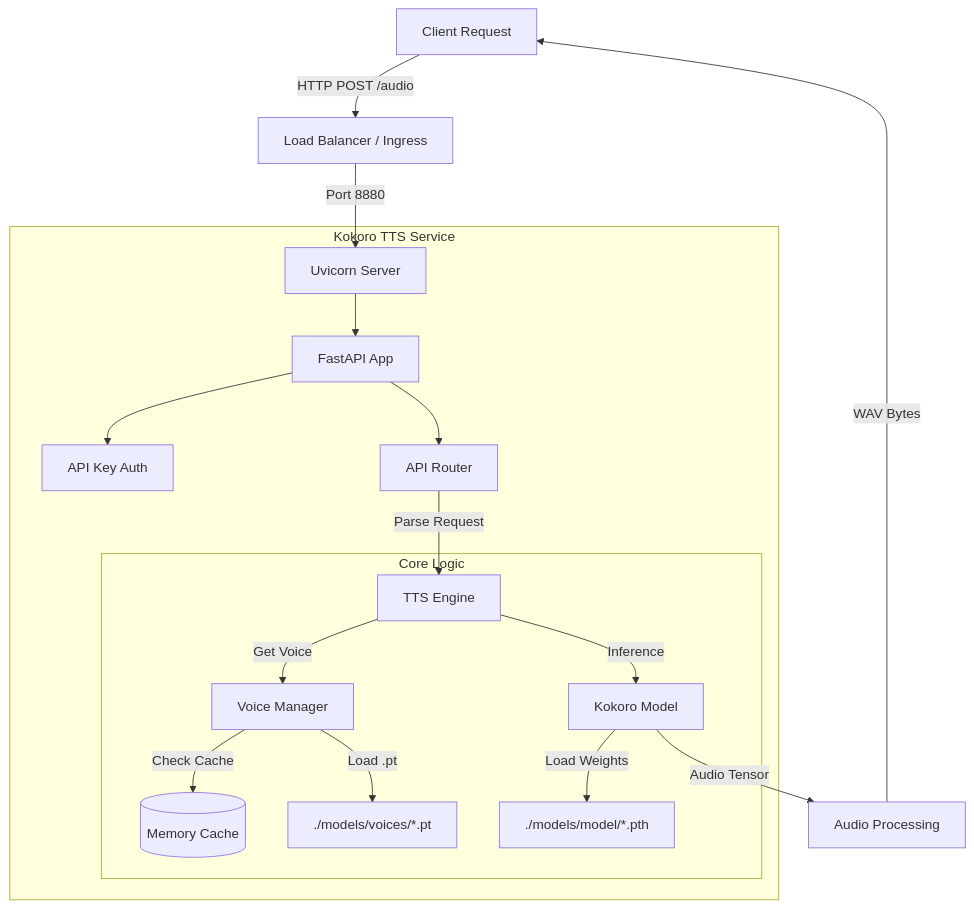
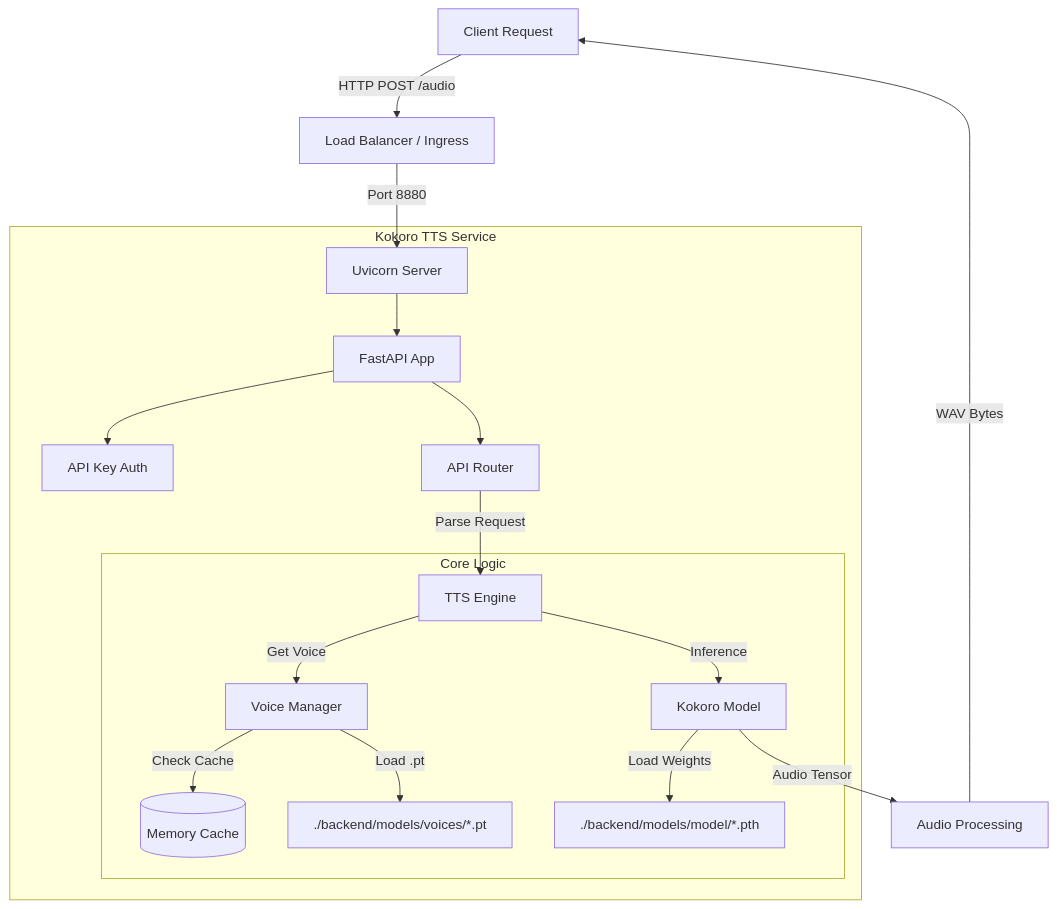
Before and after one commit to Sourabh0141/kokoro-tts: the diagram in README.md, drawn with Mermaid. The commit also changed other lines of this file and 33 other files, not shown here.

Commit message:
Refactor project into multi-service architecture with unified orchestration.

````diff
--- a/README.md
+++ b/README.md
@@ -39,25 +39,25 @@
 ```mermaid
 graph TD
     Client[Client Request] -->|HTTP POST /audio| LB[Load Balancer / Ingress]
     LB -->|Port 8880| Uvicorn[Uvicorn Server]
     
     subgraph "Kokoro TTS Service"
         Uvicorn --> FastAPI[FastAPI App]
         FastAPI --> Auth[API Key Auth]
         FastAPI --> Router[API Router]
         
         Router -->|Parse Request| Engine[TTS Engine]
         
         subgraph "Core Logic"
             Engine -->|Get Voice| VoiceMgr[Voice Manager]
             VoiceMgr -->|Check Cache| Memory[(Memory Cache)]
-            VoiceMgr -->|Load .pt| DiskVoices[./models/voices/*.pt]
+            VoiceMgr -->|Load .pt| DiskVoices[./backend/models/voices/*.pt]
             
             Engine -->|Inference| Model[Kokoro Model]
-            Model -->|Load Weights| DiskModel[./models/model/*.pth]
+            Model -->|Load Weights| DiskModel[./backend/models/model/*.pth]
         end
     end
     
     Model -->|Audio Tensor| PostProc[Audio Processing]
     PostProc -->|WAV Bytes| Client
 ```
````
